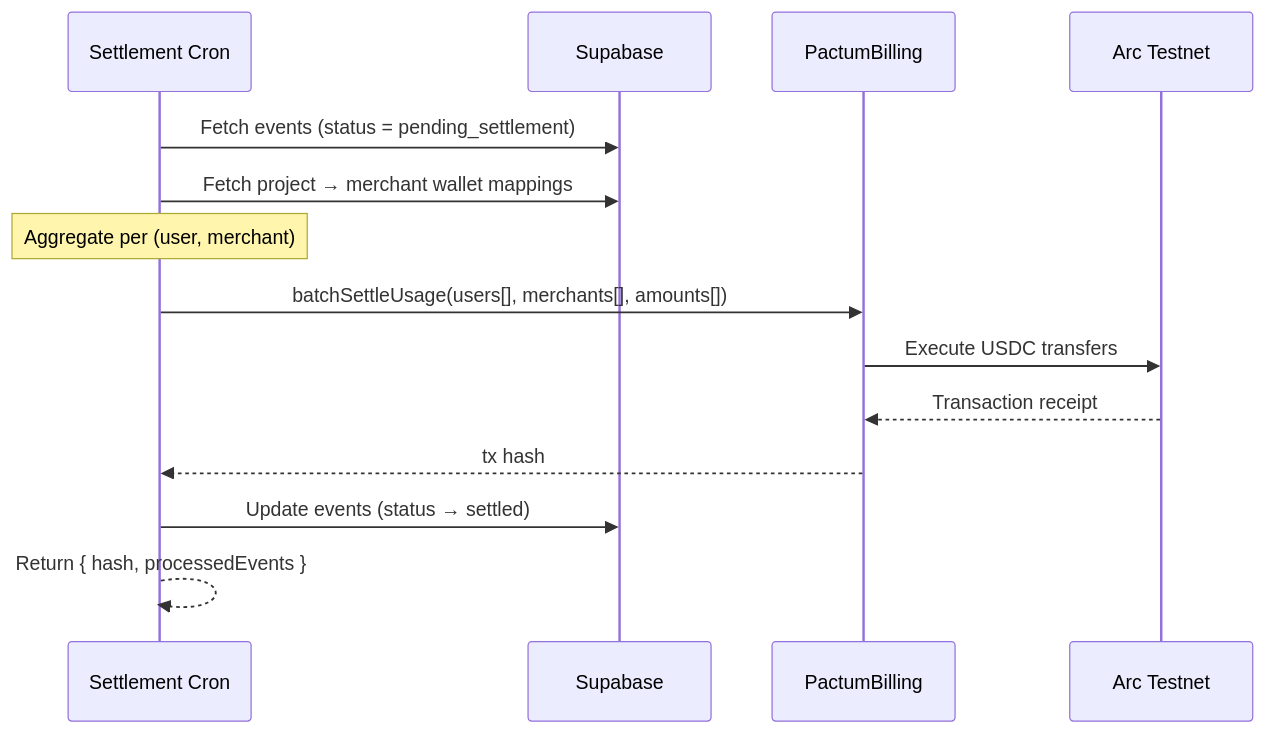
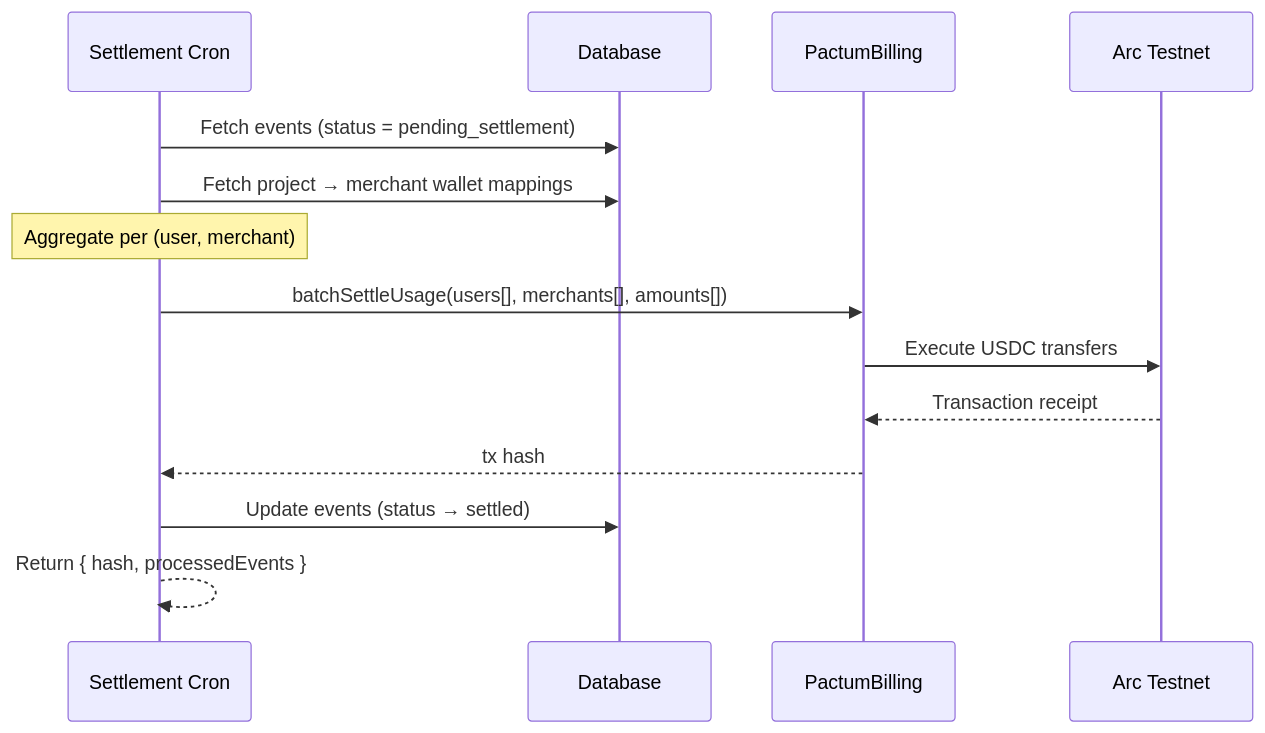
One commit to rizkygm23/pactum changed the third of 3 diagrams in docs/architecture.md. Above: the diagram before and after it, drawn with Mermaid. The commit also changed other lines of this file and 12 other files, not shown here.

````diff
--- a/docs/architecture.md
+++ b/docs/architecture.md
@@ -81,17 +81,17 @@
 ```mermaid
 sequenceDiagram
     participant Cron as Settlement Cron
-    participant DB as Supabase
+    participant DB as Database
     participant SC as PactumBilling
     participant Chain as Arc Testnet
 
     Cron->>DB: Fetch events (status = pending_settlement)
     Cron->>DB: Fetch project → merchant wallet mappings
     Note over Cron: Aggregate per (user, merchant)
     Cron->>SC: batchSettleUsage(users[], merchants[], amounts[])
     SC->>Chain: Execute USDC transfers
     Chain-->>SC: Transaction receipt
     SC-->>Cron: tx hash
     Cron->>DB: Update events (status → settled)
     Cron-->>Cron: Return { hash, processedEvents }
 ```
````
